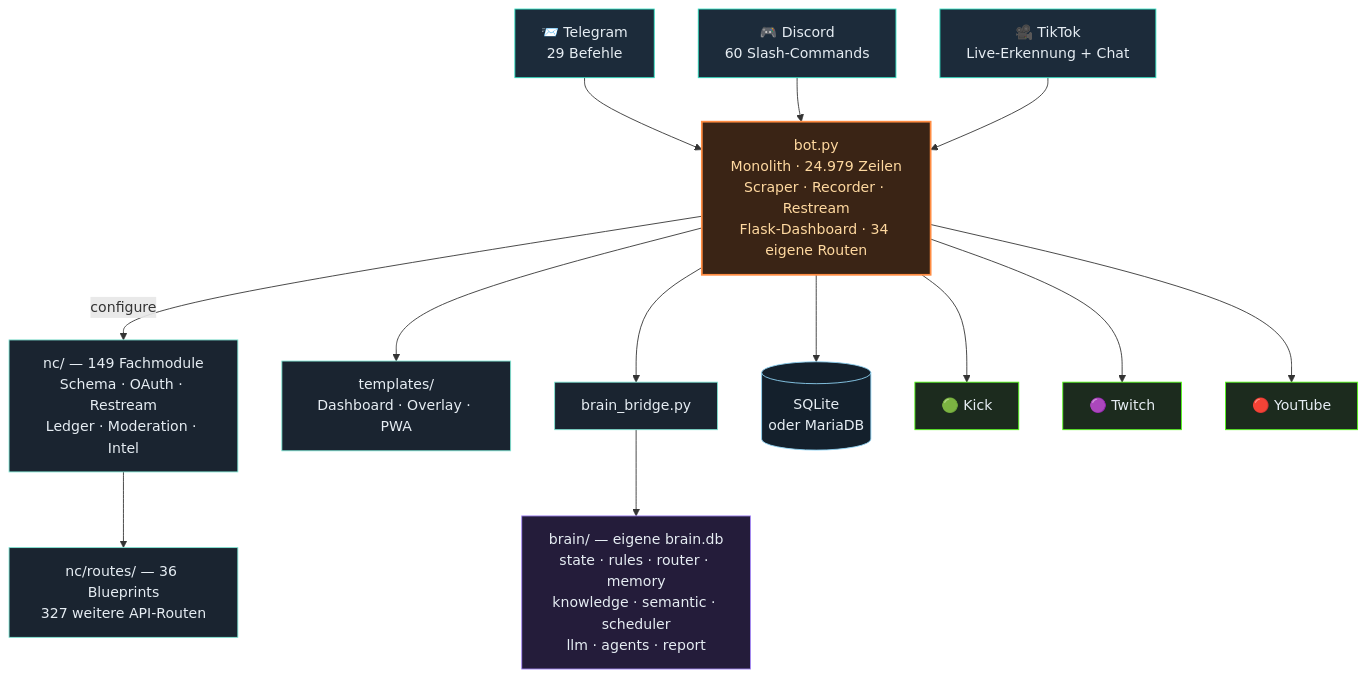
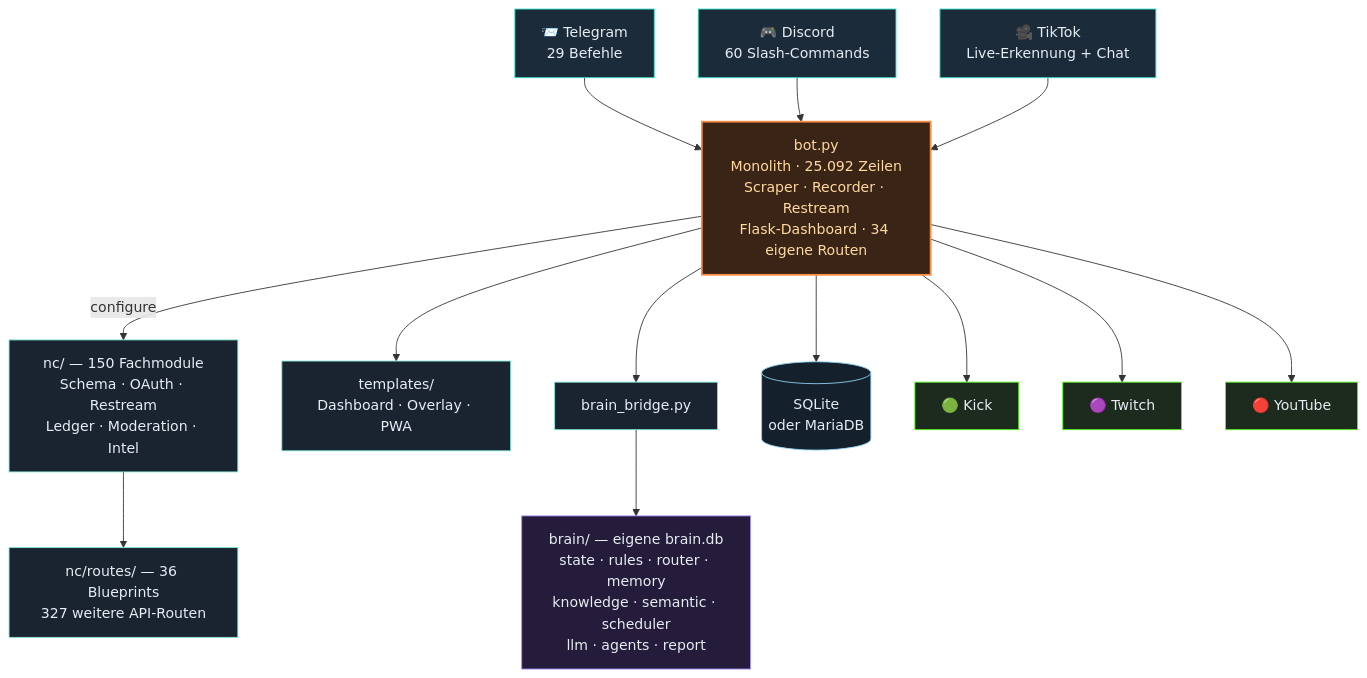
One commit to itsamemedev/Telegram-Stream-Info-Bot changed the third of 4 diagrams in README.md. Above: the diagram before and after it, drawn with Mermaid. The commit also changed other lines of this file and 12 other files, not shown here.

````diff
--- a/README.md
+++ b/README.md
@@ -189,30 +189,30 @@
 ```mermaid
 flowchart TB
     TG["📨 Telegram<br/>29 Befehle"]:::ein
     DC["🎮 Discord<br/>60 Slash-Commands"]:::ein
     TT["🎥 TikTok<br/>Live-Erkennung + Chat"]:::ein
 
     TG --> BOT
     DC --> BOT
     TT --> BOT
 
-    BOT["bot.py<br/>Monolith · 24.979 Zeilen<br/>Scraper · Recorder · Restream<br/>Flask-Dashboard · 34 eigene Routen"]:::core
+    BOT["bot.py<br/>Monolith · 25.092 Zeilen<br/>Scraper · Recorder · Restream<br/>Flask-Dashboard · 34 eigene Routen"]:::core
 
-    BOT -->|configure| NC["nc/ — 149 Fachmodule<br/>Schema · OAuth · Restream<br/>Ledger · Moderation · Intel"]:::lib
+    BOT -->|configure| NC["nc/ — 150 Fachmodule<br/>Schema · OAuth · Restream<br/>Ledger · Moderation · Intel"]:::lib
     NC --> RT["nc/routes/ — 36 Blueprints<br/>327 weitere API-Routen"]:::lib
     BOT --> TPL["templates/<br/>Dashboard · Overlay · PWA"]:::lib
     BOT --> BR["brain_bridge.py"]:::lib
     BR --> BRAIN["brain/ — eigene brain.db<br/>state · rules · router · memory<br/>knowledge · semantic · scheduler<br/>llm · agents · report"]:::brain
     BOT --> DB[("SQLite<br/>oder MariaDB")]:::db
 
     BOT --> KICK["🟢 Kick"]:::out
     BOT --> TW["🟣 Twitch"]:::out
     BOT --> YT["🔴 YouTube"]:::out
 
     classDef ein fill:#1c2b3a,stroke:#2de1c2,color:#e6edf3
     classDef core fill:#3a2415,stroke:#ff8c42,stroke-width:2px,color:#ffd9a0
     classDef lib fill:#1a2430,stroke:#7fe7d4,color:#e6edf3
     classDef brain fill:#241c3a,stroke:#a78bfa,color:#e6edf3
     classDef db fill:#14202c,stroke:#8fd3f4,color:#e6edf3
     classDef out fill:#1c2b1e,stroke:#53fc18,color:#e6edf3
 ```
````
